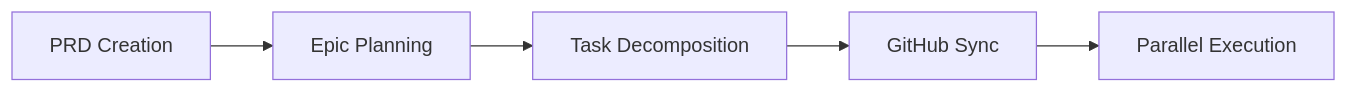
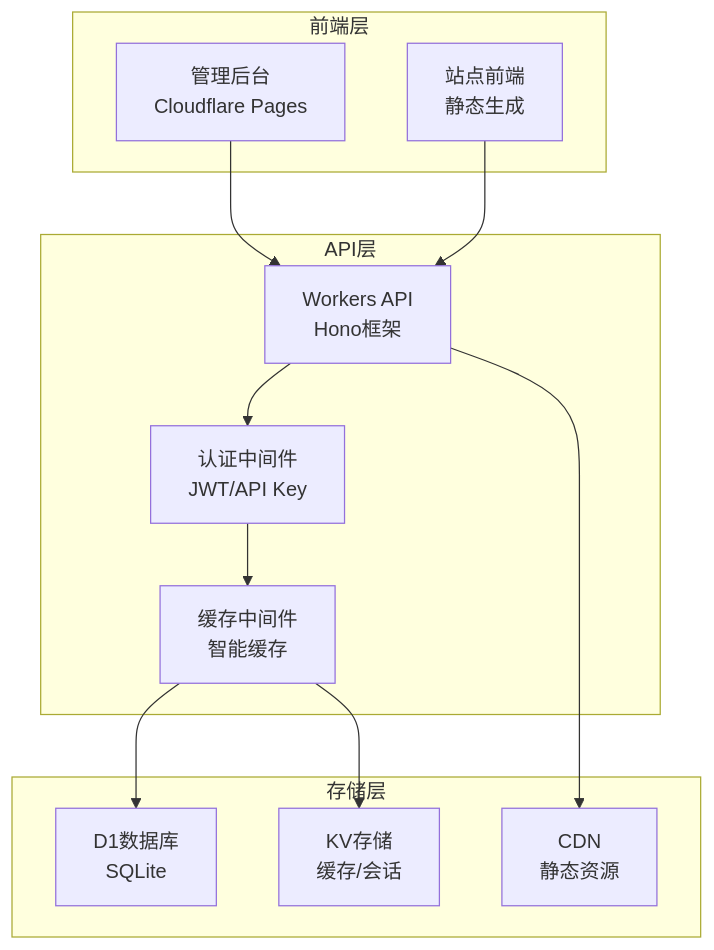
Before and after one commit to hueshu/cms2: the diagram in README.md, drawn with Mermaid. The commit also changed other lines of this file and 106 other files, not shown here.

````diff
--- a/README.md
+++ b/README.md
@@ -48,7 +100,27 @@
 ```mermaid
-graph LR
-    A[PRD Creation] --> B[Epic Planning]
-    B --> C[Task Decomposition]
-    C --> D[GitHub Sync]
-    D --> E[Parallel Execution]
+graph TB
+    subgraph "前端层"
+        A[管理后台<br/>Cloudflare Pages]
+        B[站点前端<br/>静态生成]
+    end
+
+    subgraph "API层"
+        C[Workers API<br/>Hono框架]
+        D[认证中间件<br/>JWT/API Key]
+        E[缓存中间件<br/>智能缓存]
+    end
+
+    subgraph "存储层"
+        F[D1数据库<br/>SQLite]
+        G[KV存储<br/>缓存/会话]
+        H[CDN<br/>静态资源]
+    end
+
+    A --> C
+    B --> C
+    C --> D
+    D --> E
+    E --> F
+    E --> G
+    C --> H
 ```
````
